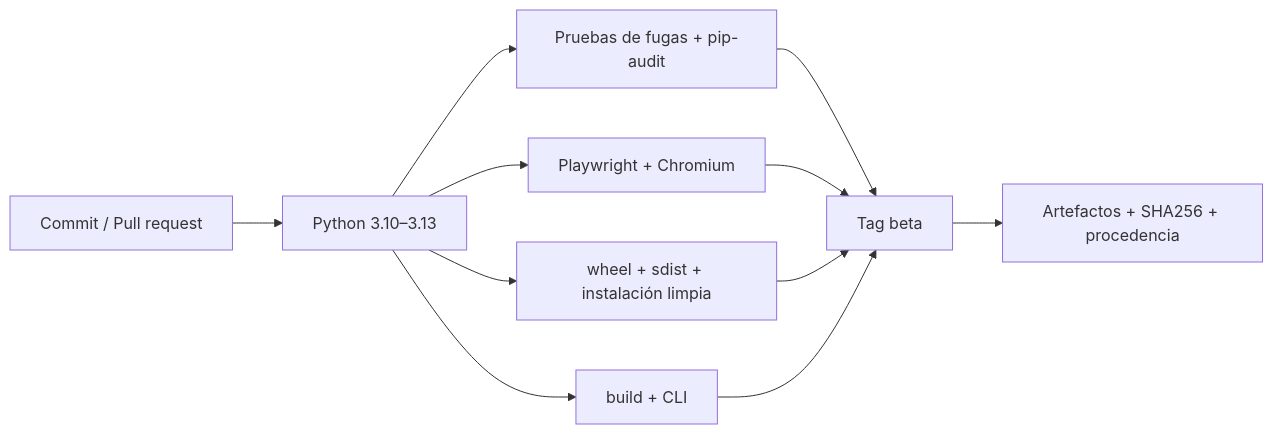
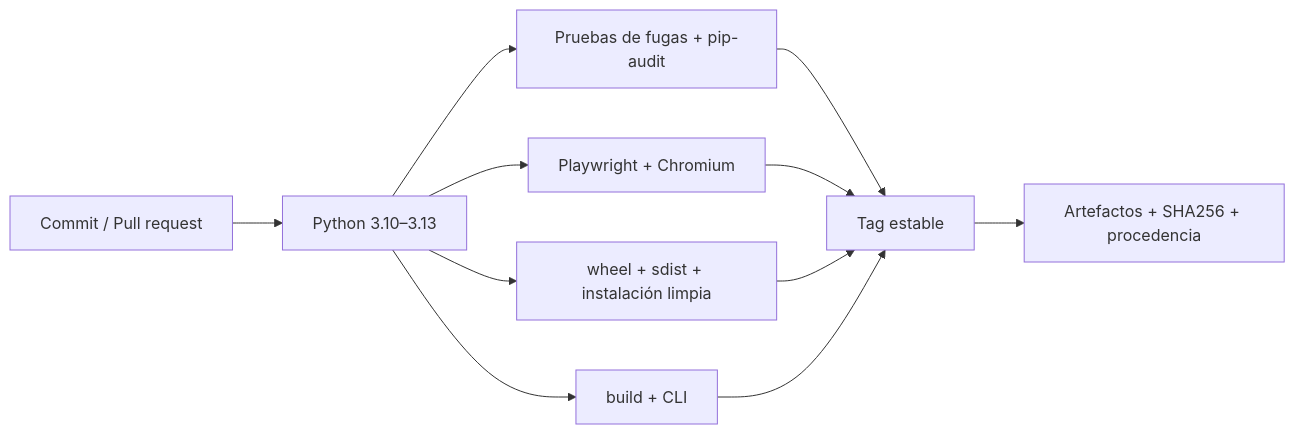
One commit to CaleroAM/graphtyn changed the fifth of 5 diagrams in ARCHITECTURE.md. Above: the diagram before and after it, drawn with Mermaid. The commit also changed other lines of this file and 30 other files, not shown here.

Commit message:
release: stabilize Graphtyn 0.6.0 and historical memory

````diff
--- a/ARCHITECTURE.md
+++ b/ARCHITECTURE.md
@@ -196,13 +199,13 @@
 ```mermaid
 flowchart LR
   COMMIT[Commit / Pull request] --> TEST[Python 3.10–3.13]
   TEST --> SECURITY[Pruebas de fugas + pip-audit]
   TEST --> BROWSER[Playwright + Chromium]
   TEST --> PACKAGE[wheel + sdist + instalación limpia]
   TEST --> DOCKER[build + CLI]
-  SECURITY --> TAG[Tag beta]
+  SECURITY --> TAG[Tag estable]
   BROWSER --> TAG
   PACKAGE --> TAG
   DOCKER --> TAG
   TAG --> RELEASE[Artefactos + SHA256 + procedencia]
 ```
````
